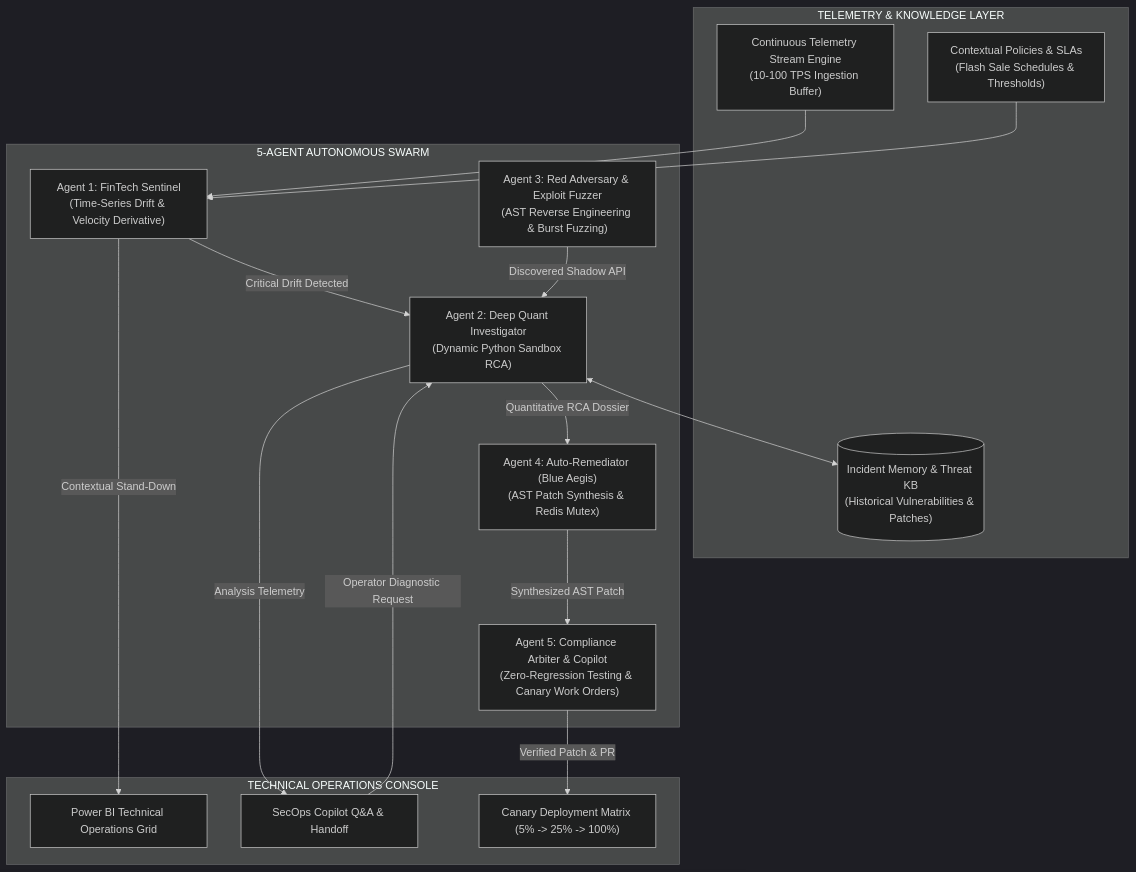
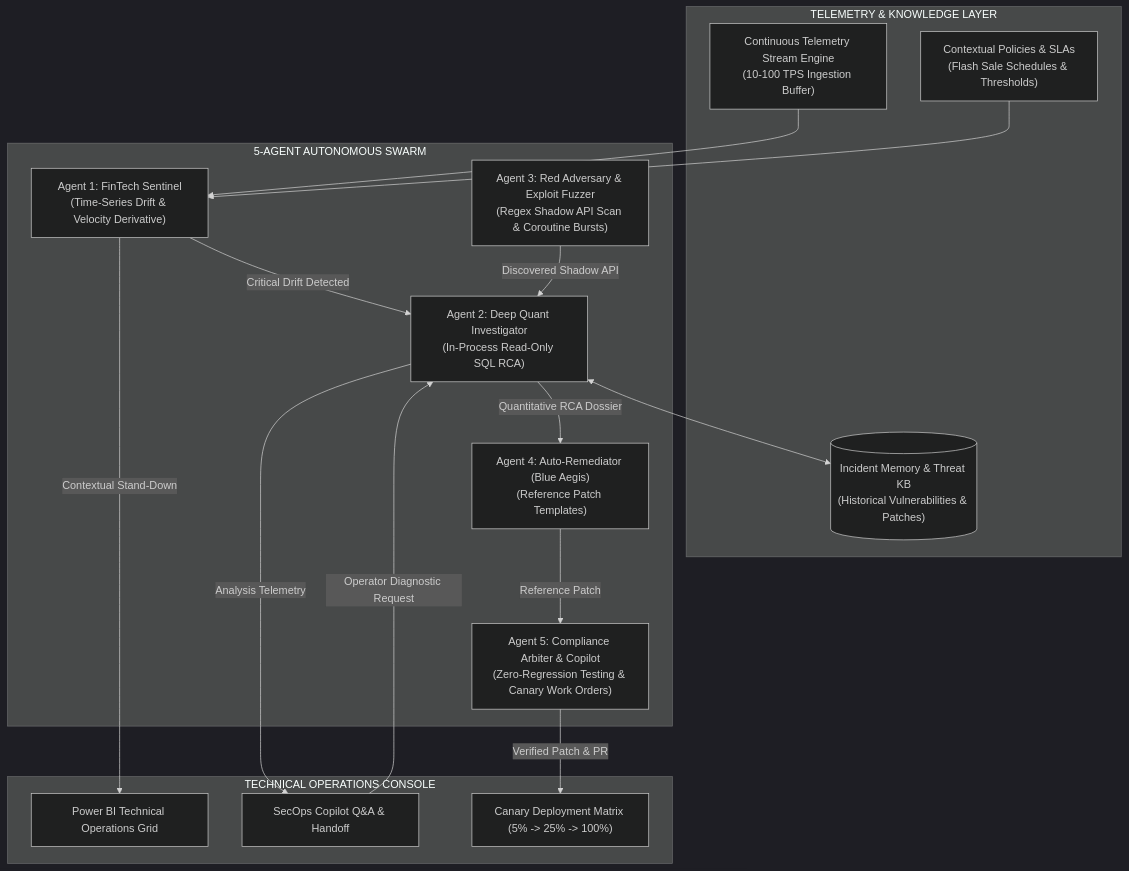
One commit to Faewon/AIGIS changed the diagram in README.md. Above: the diagram before and after it, drawn with Mermaid (dark theme). The commit also changed other lines of this file and 23 other files, not shown here.

First line of the commit message:
fix(security): harden SQL, file access, LLM config, auth and patch exporter; add regression tests

````diff
--- a/README.md
+++ b/README.md
@@ -58,36 +67,36 @@
 ```mermaid
 flowchart TD
     subgraph Data_Layer["TELEMETRY & KNOWLEDGE LAYER"]
         StreamEngine["Continuous Telemetry Stream Engine<br/>(10-100 TPS Ingestion Buffer)"]
         IncidentKB[("Incident Memory & Threat KB<br/>(Historical Vulnerabilities & Patches)")]
         PolicyStore["Contextual Policies & SLAs<br/>(Flash Sale Schedules & Thresholds)"]
     end
 
     subgraph Agent_Swarm["5-AGENT AUTONOMOUS SWARM"]
         Sentinel["Agent 1: FinTech Sentinel<br/>(Time-Series Drift & Velocity Derivative)"]
-        Investigator["Agent 2: Deep Quant Investigator<br/>(Dynamic Python Sandbox RCA)"]
-        RedTeam["Agent 3: Red Adversary & Exploit Fuzzer<br/>(AST Reverse Engineering & Burst Fuzzing)"]
-        BlueTeam["Agent 4: Auto-Remediator (Blue Aegis)<br/>(AST Patch Synthesis & Redis Mutex)"]
+        Investigator["Agent 2: Deep Quant Investigator<br/>(In-Process Read-Only SQL RCA)"]
+        RedTeam["Agent 3: Red Adversary & Exploit Fuzzer<br/>(Regex Shadow API Scan & Coroutine Bursts)"]
+        BlueTeam["Agent 4: Auto-Remediator (Blue Aegis)<br/>(Reference Patch Templates)"]
         Arbiter["Agent 5: Compliance Arbiter & Copilot<br/>(Zero-Regression Testing & Canary Work Orders)"]
     end
 
     subgraph Interface_Layer["TECHNICAL OPERATIONS CONSOLE"]
         TelemetryGrid["Power BI Technical Operations Grid"]
         CopilotChat["SecOps Copilot Q&A & Handoff"]
         WorkOrderView["Canary Deployment Matrix (5% -> 25% -> 100%)"]
     end
 
     StreamEngine --> Sentinel
     PolicyStore --> Sentinel
     Sentinel -- "Critical Drift Detected" --> Investigator
     Sentinel -- "Contextual Stand-Down" --> TelemetryGrid
 
     RedTeam -- "Discovered Shadow API" --> Investigator
     Investigator <--> IncidentKB
     Investigator -- "Quantitative RCA Dossier" --> BlueTeam
-    BlueTeam -- "Synthesized AST Patch" --> Arbiter
+    BlueTeam -- "Reference Patch" --> Arbiter
     Arbiter -- "Verified Patch & PR" --> WorkOrderView
 
     CopilotChat -- "Operator Diagnostic Request" --> Investigator
     Investigator -- "Analysis Telemetry" --> CopilotChat
 ```
````
